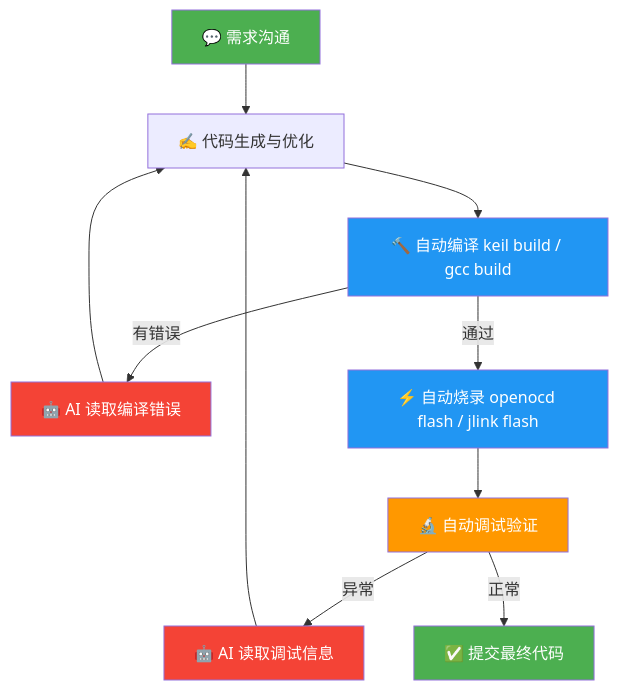
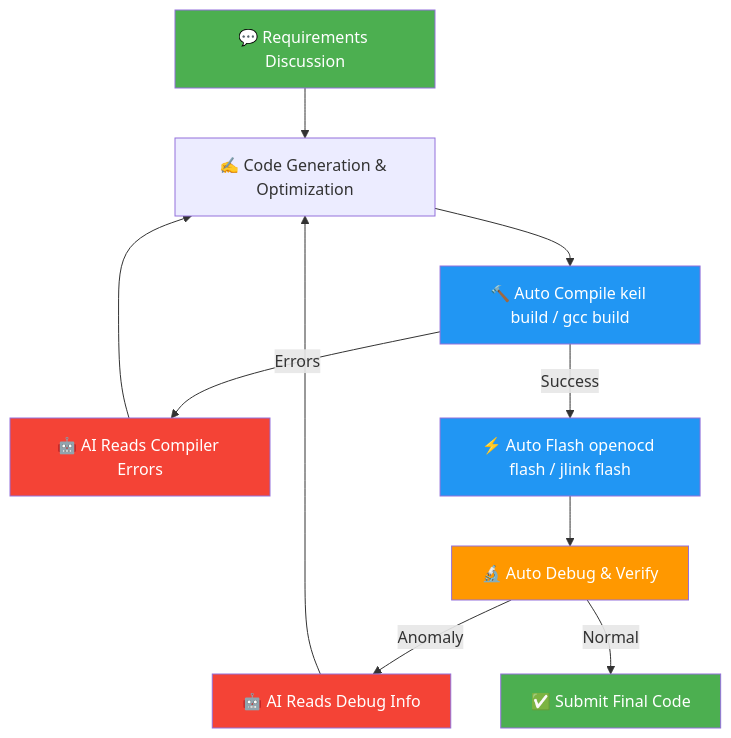
Before and after one commit to showliu9876/embeddedskills: the diagram in docs/getting-started.md, drawn with Mermaid. The commit also changed other lines of this file and 5 other files, not shown here.

````diff
--- a/docs/getting-started.md
+++ b/docs/getting-started.md
@@ -163,20 +163,20 @@
 ```mermaid
 flowchart TD
-    A["💬 需求沟通"] --> B["✍️ 代码生成与优化"]
-    B --> C["🔨 自动编译 keil build / gcc build"]
-    C -->|有错误| D["🤖 AI 读取编译错误"]
+    A["💬 Requirements Discussion"] --> B["✍️ Code Generation & Optimization"]
+    B --> C["🔨 Auto Compile keil build / gcc build"]
+    C -->|Errors| D["🤖 AI Reads Compiler Errors"]
     D --> B
-    C -->|通过| E["⚡ 自动烧录 openоcd flash / jlink flash"]
-    E --> F["🔬 自动调试验证"]
-    F -->|异常| G["🤖 AI 读取调试信息"]
+    C -->|Success| E["⚡ Auto Flash openocd flash / jlink flash"]
+    E --> F["🔬 Auto Debug & Verify"]
+    F -->|Anomaly| G["🤖 AI Reads Debug Info"]
     G --> B
-    F -->|正常| H["✅ 提交最终代码"]
+    F -->|Normal| H["✅ Submit Final Code"]
 
     style A fill:#4CAF50,color:#fff
     style H fill:#4CAF50,color:#fff
     style C fill:#2196F3,color:#fff
     style E fill:#2196F3,color:#fff
     style F fill:#FF9800,color:#fff
     style D fill:#f44336,color:#fff
     style G fill:#f44336,color:#fff
 ```
````
